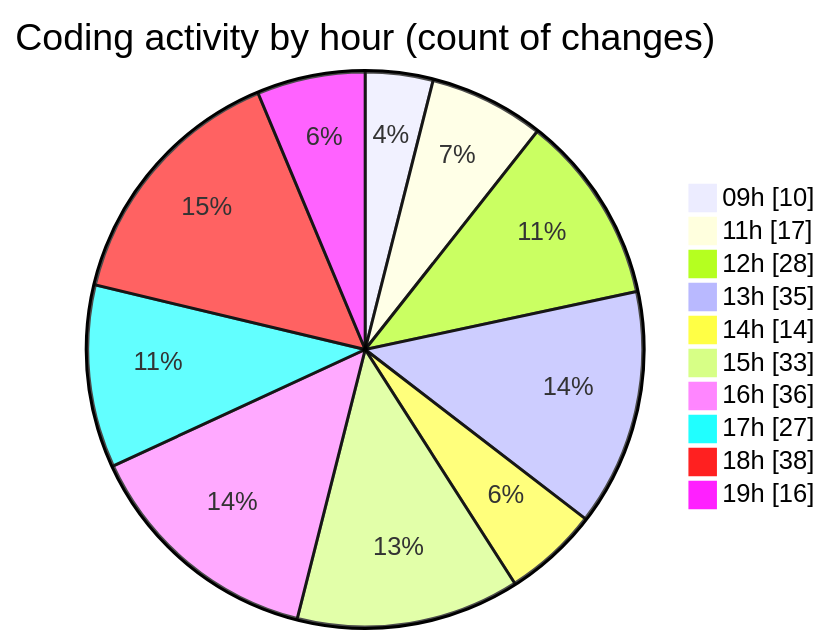
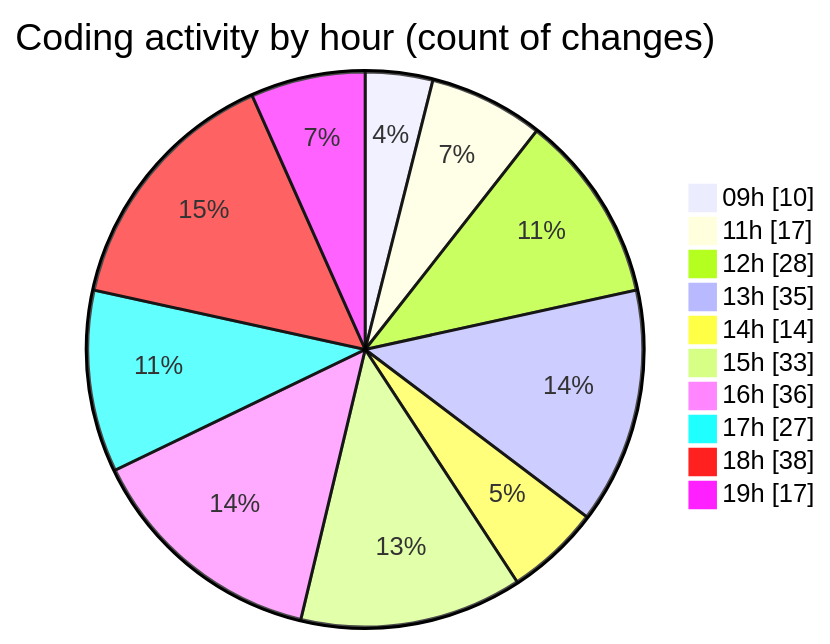
The second of 2 diagrams in 2026-05-07/cda/README.md (momahboobian/code-tracking), drawn with Mermaid before and after one commit. The commit also changed other lines of this file and 1 other file, not shown here.

````diff
--- a/2026-05-07/cda/README.md
+++ b/2026-05-07/cda/README.md
@@ -58,14 +58,14 @@
 ```mermaid
 pie showData
 title Coding activity by hour (count of changes)
 "09h" : 10
 "11h" : 17
 "12h" : 28
 "13h" : 35
 "14h" : 14
 "15h" : 33
 "16h" : 36
 "17h" : 27
 "18h" : 38
-"19h" : 16
+"19h" : 17
 ```
````
